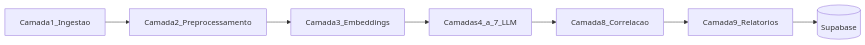
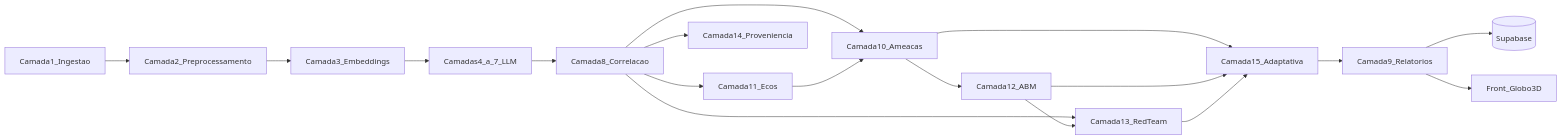
Before and after one commit to jhony2488/engineering-historical-signs-of-the-coming-of-christ: the diagram in backend/docs/arquitetura.md, drawn with Mermaid. The commit also changed other lines of this file and 7 other files, not shown here.

````diff
--- a/backend/docs/arquitetura.md
+++ b/backend/docs/arquitetura.md
@@ -7,9 +7,20 @@
 ```mermaid
 flowchart LR
   ingest[Camada1_Ingestao] --> prep[Camada2_Preprocessamento]
   prep --> embed[Camada3_Embeddings]
   embed --> llm[Camadas4_a_7_LLM]
   llm --> corr[Camada8_Correlacao]
-  corr --> report[Camada9_Relatorios]
+  corr --> L11[Camada11_Ecos]
+  corr --> L10[Camada10_Ameacas]
+  L11 --> L10
+  L10 --> L12[Camada12_ABM]
+  corr --> L13[Camada13_RedTeam]
+  L12 --> L13
+  L10 --> L15[Camada15_Adaptativa]
+  L12 --> L15
+  L13 --> L15
+  corr --> L14[Camada14_Proveniencia]
+  L15 --> report[Camada9_Relatorios]
   report --> db[(Supabase)]
+  report --> globe[Front_Globo3D]
 ```
````
